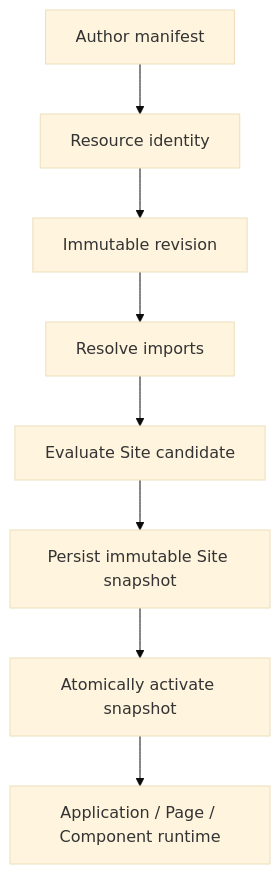
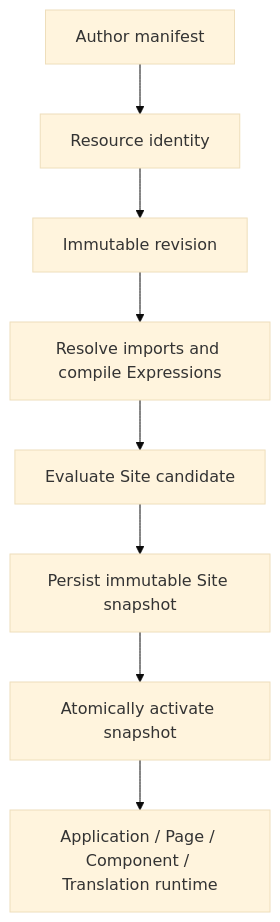
Before and after one commit to taskmigo/docs: the first of 2 diagrams in content/versions/v0/developer/database.mdx, drawn with Mermaid (base theme). The commit also changed other lines of this file, not shown here.

Commit message:
docs: add full database ERD

````diff
--- a/content/versions/v0/developer/database.mdx
+++ b/content/versions/v0/developer/database.mdx
@@ -12,10 +12,10 @@
 ```mermaid
 flowchart TD
   author["Author manifest"] --> resource["Resource identity"]
   resource --> revision["Immutable revision"]
-  revision --> resolve["Resolve imports"]
+  revision --> resolve["Resolve imports and compile Expressions"]
   resolve --> candidate["Evaluate Site candidate"]
   candidate --> snapshot["Persist immutable Site snapshot"]
   snapshot --> activate["Atomically activate snapshot"]
-  activate --> runtime["Application / Page / Component runtime"]
+  activate --> runtime["Application / Page / Component / Translation runtime"]
 ```
````
